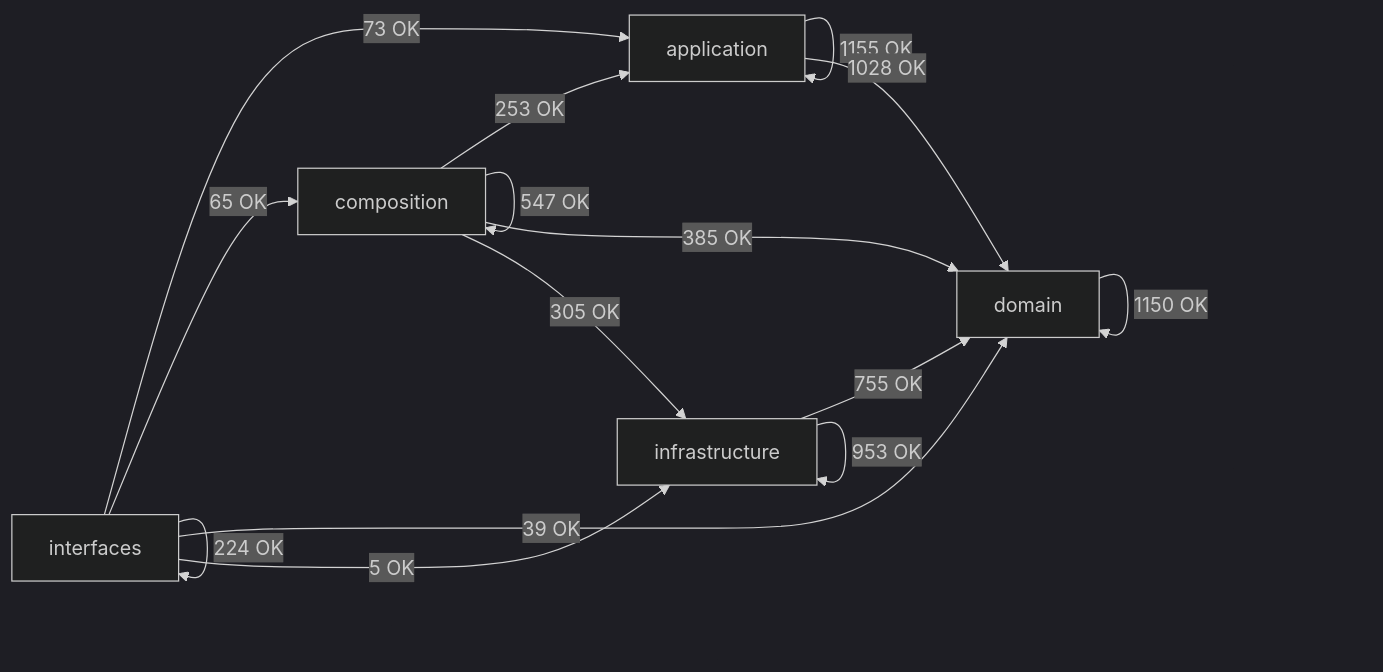
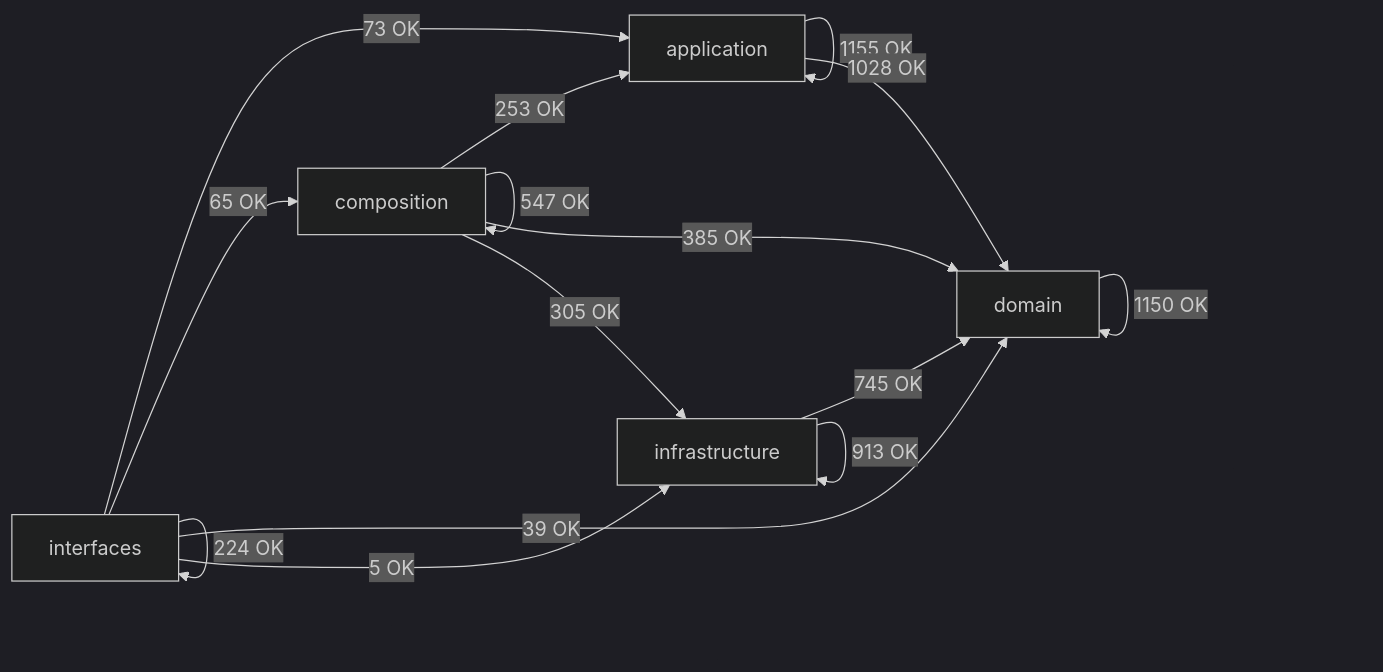
The diagram in docs/02-architecture/generated/module-dependency-map.md (SatoryKono/BioactivityDataAcquisition), drawn with Mermaid (dark theme) before and after one commit. The commit also changed other lines of this file and 32 other files, not shown here.

````diff
--- a/docs/02-architecture/generated/module-dependency-map.md
+++ b/docs/02-architecture/generated/module-dependency-map.md
@@ -17,22 +17,22 @@
 ```mermaid
 flowchart LR
     domain[domain]
     application[application]
     infrastructure[infrastructure]
     composition[composition]
     interfaces[interfaces]
     application -->|1155 OK| application
     application -->|1028 OK| domain
     composition -->|253 OK| application
     composition -->|547 OK| composition
     composition -->|385 OK| domain
     composition -->|305 OK| infrastructure
     domain -->|1150 OK| domain
-    infrastructure -->|755 OK| domain
-    infrastructure -->|953 OK| infrastructure
+    infrastructure -->|745 OK| domain
+    infrastructure -->|913 OK| infrastructure
     interfaces -->|73 OK| application
     interfaces -->|65 OK| composition
     interfaces -->|39 OK| domain
     interfaces -->|5 OK| infrastructure
     interfaces -->|224 OK| interfaces
 ```
````
